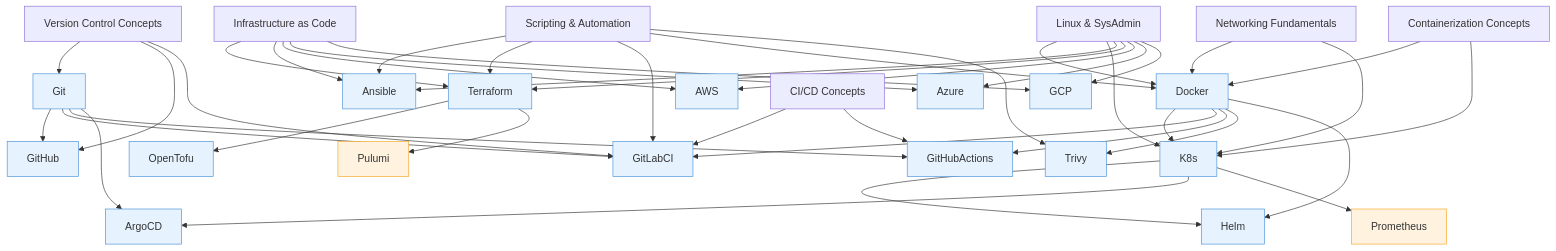
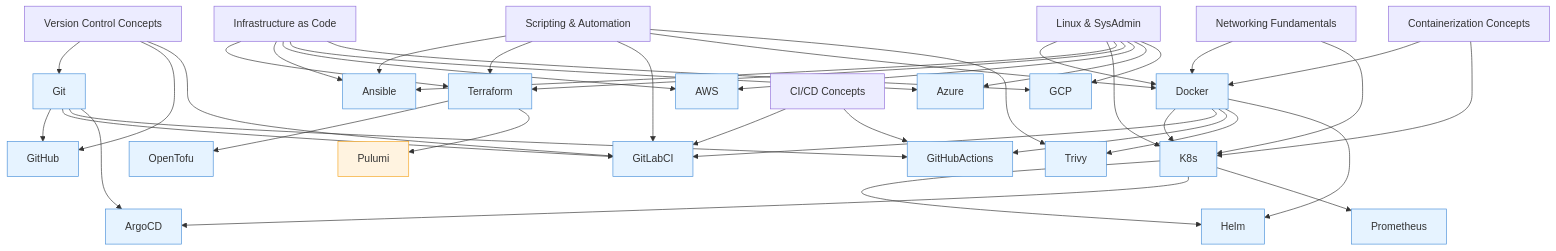
One commit to snehitha3907/DevOps-Kit changed the diagram in 00_index/learning-path.md. Above: the diagram before and after it, drawn with Mermaid.

Commit message:
fix(learning-path): move Prometheus to hasContent in mermaid diagram

````diff
--- a/00_index/learning-path.md
+++ b/00_index/learning-path.md
@@ -77,59 +77,59 @@
 ```mermaid
 graph TD
     VC[Version Control Concepts] --> Git
     VC --> GitHub
     VC --> GitLabCI
 
     Linux[Linux & SysAdmin] --> Docker
     Linux --> K8s
     Linux --> Ansible
     Linux --> Terraform
     Linux --> AWS
     Linux --> Azure
     Linux --> GCP
 
     Scripting[Scripting & Automation] --> Ansible
     Scripting --> Terraform
     Scripting --> GitLabCI
     Scripting --> Docker
     Scripting --> Trivy
 
     Network[Networking Fundamentals] --> Docker
     Network --> K8s
 
     CI[CI/CD Concepts] --> GitLabCI
     CI --> GitHubActions
 
     Container[Containerization Concepts] --> Docker
     Container --> K8s
 
     IaC[Infrastructure as Code] --> Terraform
     IaC --> Ansible
     IaC --> AWS
     IaC --> Azure
     IaC --> GCP
 
     Git --> GitHub
     Git --> GitLabCI
     Git --> GitHubActions
     Git --> ArgoCD
 
     Docker --> K8s
     Docker --> GitLabCI
     Docker --> GitHubActions
     Docker --> Trivy
     Docker --> Helm
 
     K8s --> Helm
     K8s --> ArgoCD
     K8s --> Prometheus
 
     Terraform --> OpenTofu
     Terraform --> Pulumi
 
     classDef hasContent fill:#e6f3ff,stroke:#4a90d9
     classDef noContent fill:#fff3e0,stroke:#f5a623
 
-    class Git,GitHub,Docker,K8s,Ansible,Terraform,GitLabCI,GitHubActions,Trivy,AWS,Azure,GCP,OpenTofu,Helm,ArgoCD hasContent
-    class Prometheus,Pulumi,Vault noContent
+    class Git,GitHub,Docker,K8s,Ansible,Terraform,GitLabCI,GitHubActions,Trivy,AWS,Azure,GCP,OpenTofu,Helm,ArgoCD,Prometheus hasContent
+    class Pulumi,Vault noContent
 ```
````
